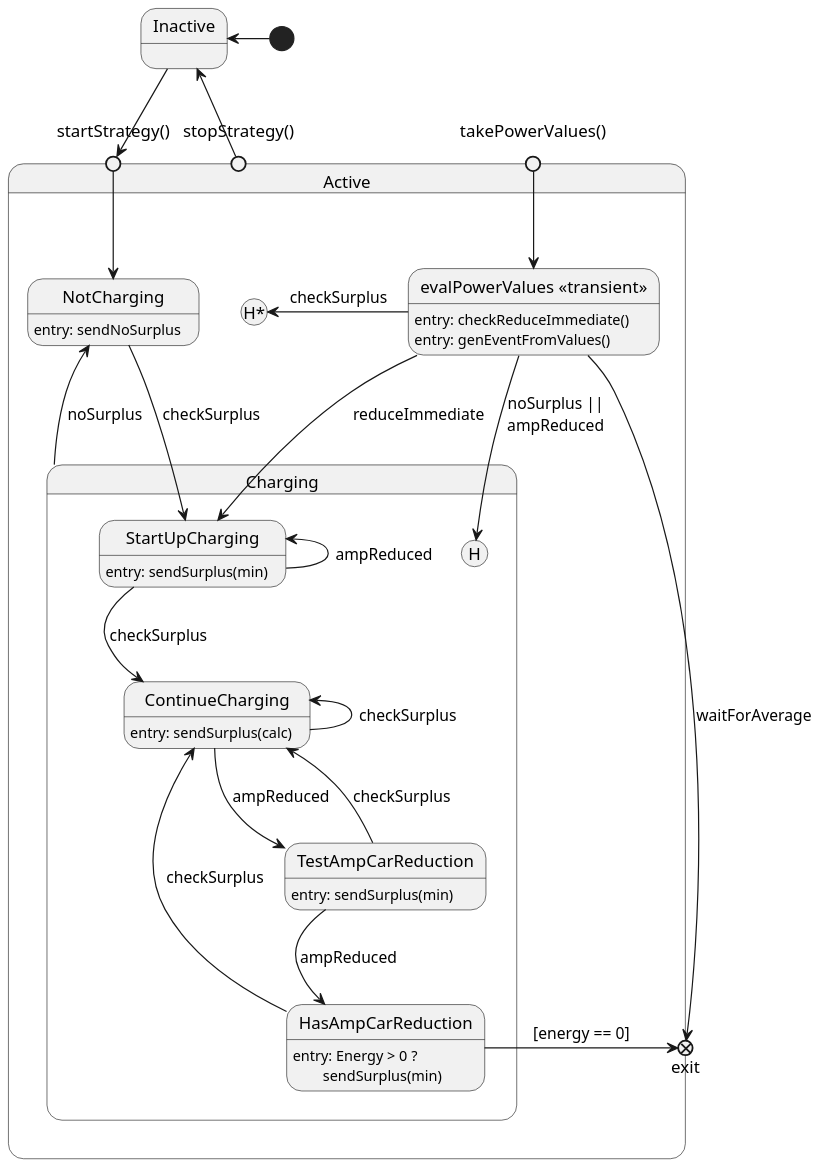
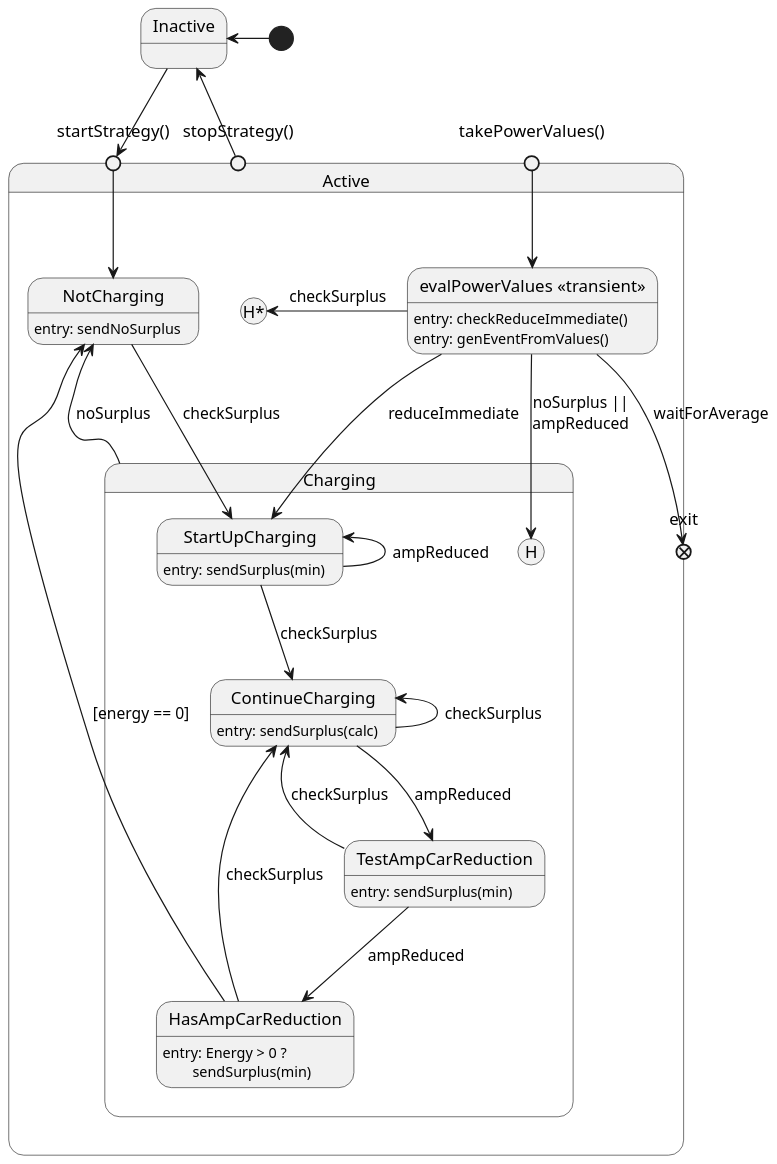
Before and after one commit to geobe/energyControl: the diagram in src/main/groovy/de/geobe/energy/automation/PvChargeStrategySM.puml, drawn with PlantUML. The commit also changed 26 other files, not shown here.

```diff
--- a/src/main/groovy/de/geobe/energy/automation/PvChargeStrategySM.puml
+++ b/src/main/groovy/de/geobe/energy/automation/PvChargeStrategySM.puml
@@ -1,69 +1,69 @@
 @startuml
 'https://plantuml.com/state-diagram
 
 scale 1000 width
 state "Inactive" as ia
 'act -left-> act : [takePowerValues : eval]
 state "Active" as act {
 
 '    act: on: powerValues : \n\tcheck stop immediate,\n\tcalculate values,\n\tdelegate to substate
 
     state "takePowerValues()" as pv <<entryPoint>>
     state "startStrategy()" as start <<entryPoint>>
     state "stopStrategy()" as stop <<entryPoint>>
 
     start -down-> nc
 
 
     state "NotCharging" as nc
     nc: entry: sendNoSurplus
 
  '   state "Filling Stack" as fill
 
     state "evalPowerValues <<transient>>" as eval
         eval: entry: checkReduceImmediate()
         eval: entry: genEventFromValues()
 
     state "Charging" as charge {
 
         state "StartUpCharging" as sc
         sc: entry: sendSurplus(min)
 
         state "ContinueCharging" as ch
         ch: entry: sendSurplus(calc)
 
         state "TestAmpCarReduction" as tr
         tr: entry: sendSurplus(min)
 
         state "HasAmpCarReduction" as hr
         hr: entry: Energy > 0 ?\n\tsendSurplus(min)
         nc --> sc : checkSurplus
 
         eval --> [H] : noSurplus ||\nampReduced
 
     }
     state exit <<exitPoint>>
 
     eval -left-> [H*] : checkSurplus
     eval --> exit : waitForAverage
     eval -down-> sc : reduceImmediate
 
     charge -up-> nc : noSurplus
 
     sc -down-> ch : checkSurplus
     sc -up-> sc : ampReduced
     ch -left-> ch : checkSurplus
     ch -down-> tr : ampReduced
     tr -up-> ch : checkSurplus
     tr -down-> hr : ampReduced
     hr -up-> ch : checkSurplus
-    hr -right-> exit : [energy == 0]
+    hr --> nc : [energy == 0]
 }
 
 pv --> eval
 [*] -left-> ia
 'exit -down-> [*] : [stopStrategy]
 stop -up-> ia
 ia -down-> start
 'stop -up-> [*]
 @enduml
```
